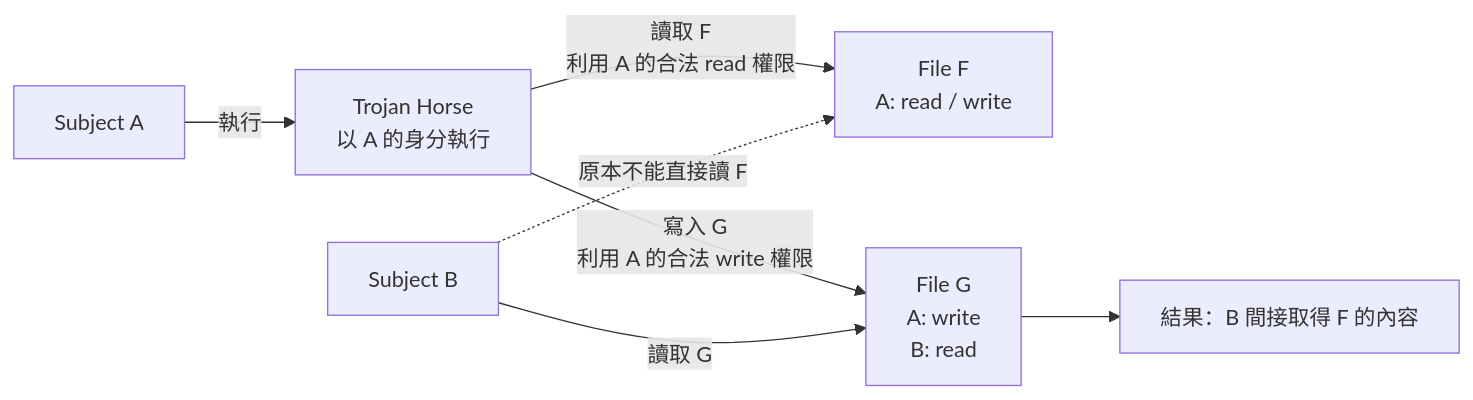
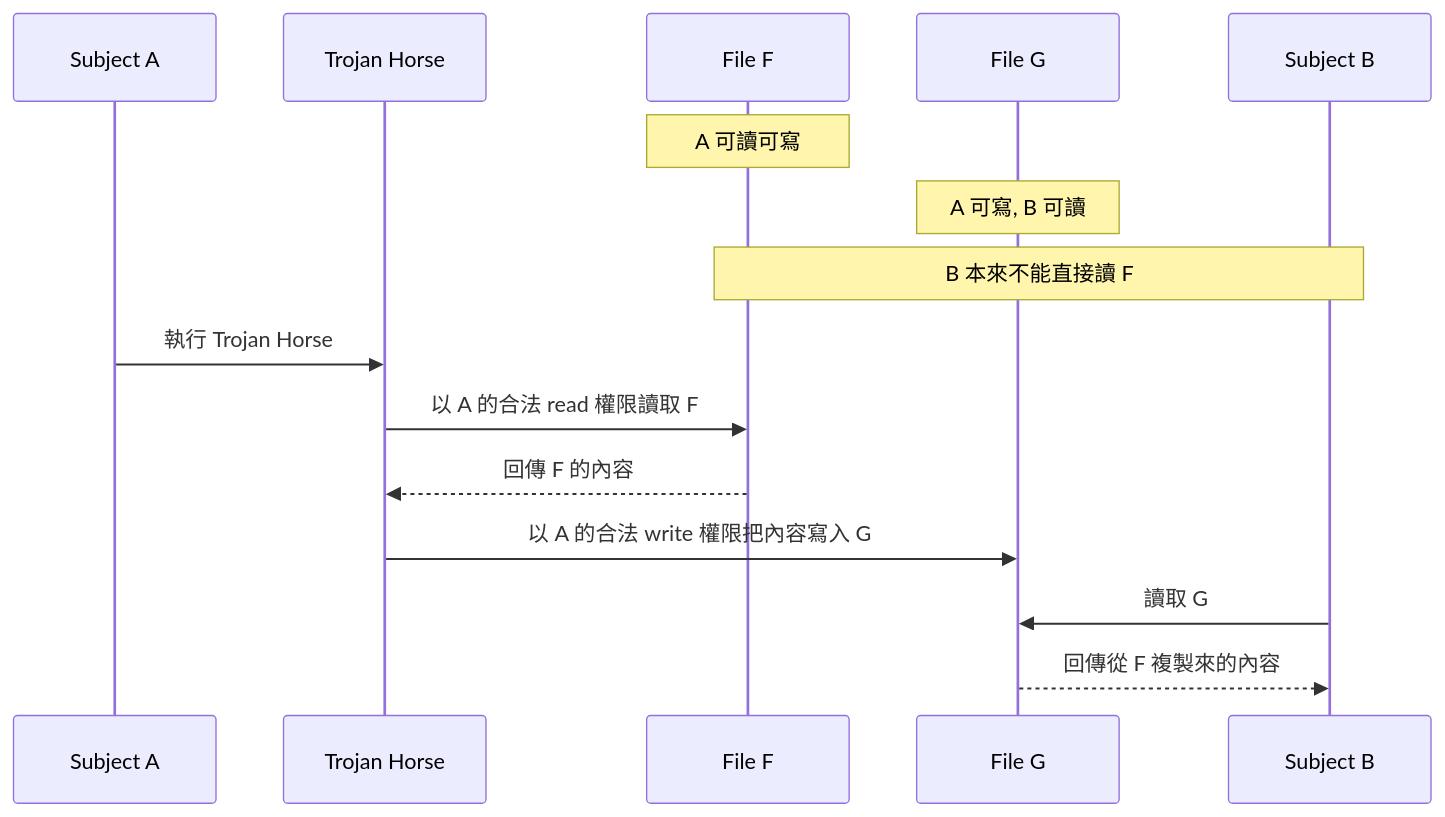
Before and after one commit to JasonLn0711/nycu_network_security_practice_114-2: the second of 4 diagrams in midterm_notes/day_2.md, drawn with Mermaid.

Commit message:
Refine Trojan Horse Mermaid attack sequence

````diff
--- a/midterm_notes/day_2.md
+++ b/midterm_notes/day_2.md
@@ -307,16 +307,19 @@
 ```mermaid
-flowchart LR
-    A["Subject A"]
-    T["Trojan Horse<br/>以 A 的身分執行"]
-    F["File F<br/>A: read / write"]
-    G["File G<br/>A: write<br/>B: read"]
-    B["Subject B"]
-    L["結果：B 間接取得 F 的內容"]
+sequenceDiagram
+    participant A as Subject A
+    participant T as Trojan Horse
+    participant F as File F
+    participant G as File G
+    participant B as Subject B
 
-    A -->|"執行"| T
-    T -->|"讀取 F<br/>利用 A 的合法 read 權限"| F
-    T -->|"寫入 G<br/>利用 A 的合法 write 權限"| G
-    B -.->|"原本不能直接讀 F"| F
-    B -->|"讀取 G"| G
-    G --> L
+    Note over F: A 可讀可寫
+    Note over G: A 可寫, B 可讀
+    Note over B,F: B 本來不能直接讀 F
+
+    A->>T: 執行 Trojan Horse
+    T->>F: 以 A 的合法 read 權限讀取 F
+    F-->>T: 回傳 F 的內容
+    T->>G: 以 A 的合法 write 權限把內容寫入 G
+    B->>G: 讀取 G
+    G-->>B: 回傳從 F 複製來的內容
 ```
````
